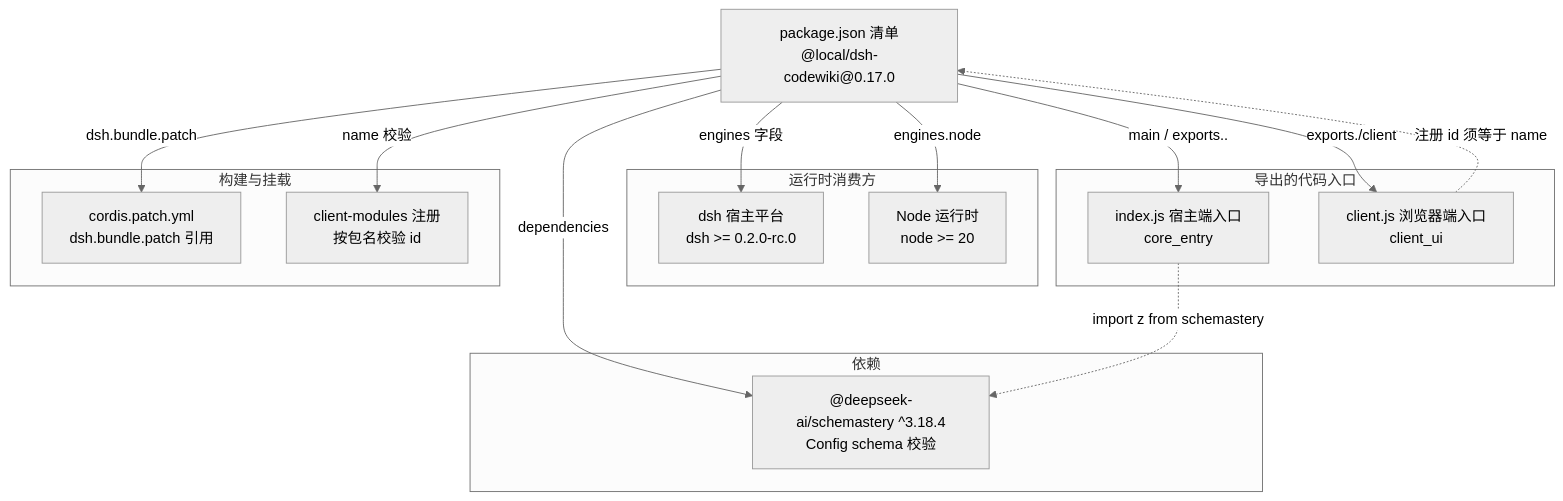
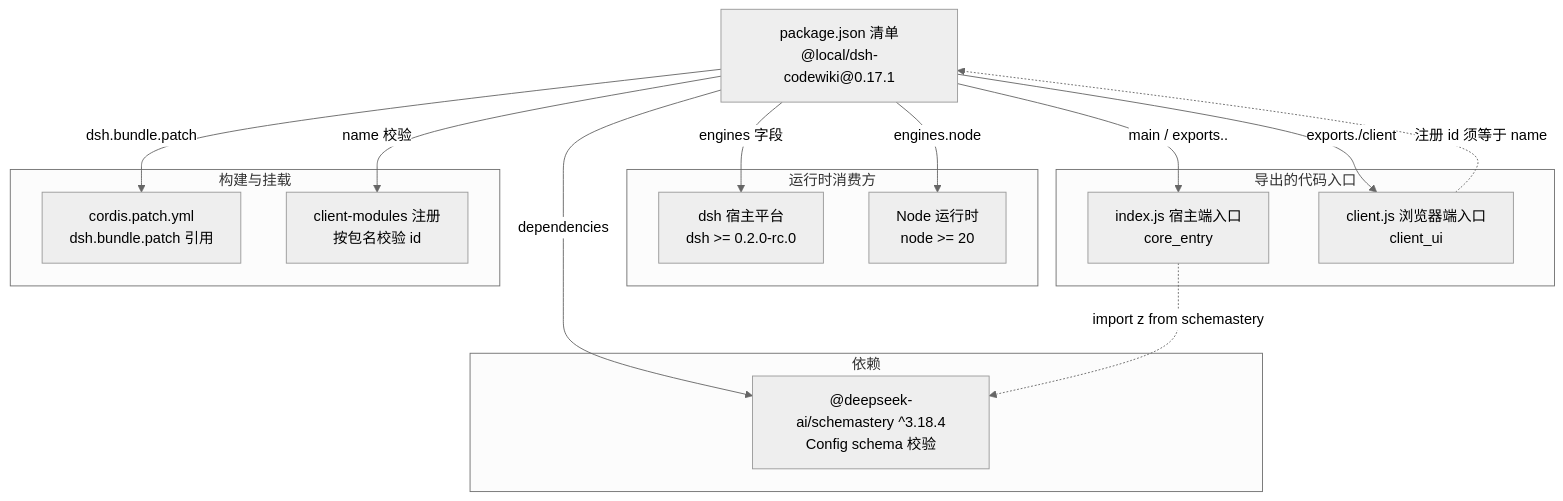
One commit to ikliml666/dsh-codewiki changed the first of 3 diagrams in .codewiki/_native-state/docs/Build___Dependency_Configuration_Layer/package_manifest.md. Above: the diagram before and after it, drawn with Mermaid (neutral theme). The commit also changed other lines of this file and 16 other files, not shown here.

````diff
--- a/.codewiki/_native-state/docs/Build___Dependency_Configuration_Layer/package_manifest.md
+++ b/.codewiki/_native-state/docs/Build___Dependency_Configuration_Layer/package_manifest.md
@@ -35,34 +35,34 @@
 ```mermaid
 flowchart TD
-    PKG["package.json 清单<br/>@local/dsh-codewiki@0.17.0"]
+    PKG["package.json 清单<br/>@local/dsh-codewiki@0.17.1"]
 
     subgraph 运行时消费方
         HOST["dsh 宿主平台<br/>dsh >= 0.2.0-rc.0"]
         NODE["Node 运行时<br/>node >= 20"]
     end
 
     subgraph 导出的代码入口
         MAIN["index.js 宿主端入口<br/>core_entry"]
         CLIENT["client.js 浏览器端入口<br/>client_ui"]
     end
 
     subgraph 构建与挂载
         PATCH["cordis.patch.yml<br/>dsh.bundle.patch 引用"]
         REG["client-modules 注册<br/>按包名校验 id"]
     end
 
     subgraph 依赖
         SCHEMA["@deepseek-ai/schemastery ^3.18.4<br/>Config schema 校验"]
     end
 
     PKG -->|"main / exports.."| MAIN
     PKG -->|"exports./client"| CLIENT
     PKG -->|"engines 字段"| HOST
     PKG -->|"engines.node"| NODE
     PKG -->|"dsh.bundle.patch"| PATCH
     PKG -->|"name 校验"| REG
     PKG -->|"dependencies"| SCHEMA
 
     MAIN -.->|"import z from schemastery"| SCHEMA
     CLIENT -.->|"注册 id 须等于 name"| PKG
 ```
````
